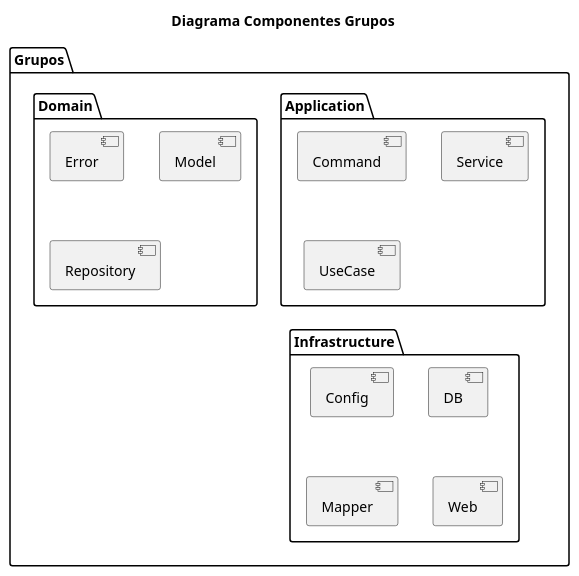
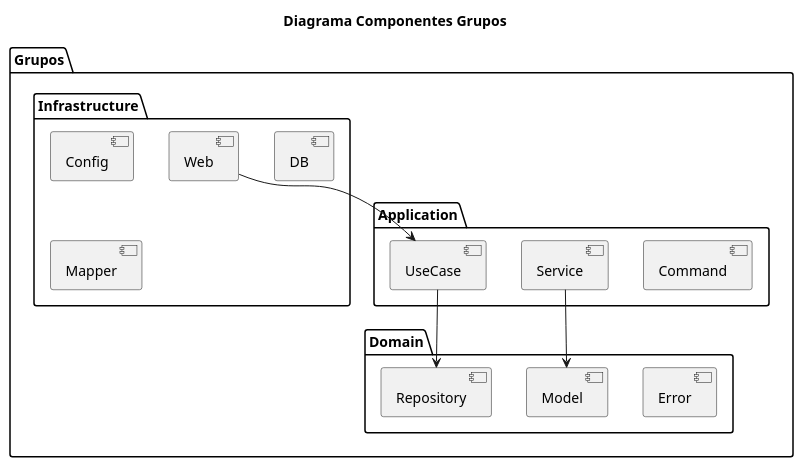
Before and after one commit to bananajoe33/Practica-Obligatoria-Spring: the diagram in doc/diagramas/DiagramaComponentesGrupo.pu, drawn with PlantUML.

Commit message:
cambios doc

```diff
--- a/doc/diagramas/DiagramaComponentesGrupo.pu
+++ b/doc/diagramas/DiagramaComponentesGrupo.pu
@@ -1,27 +1,33 @@
 @startuml
 title Diagrama Componentes Grupos
 
 package "Grupos" {
 
     package "Application" {
         [Command]
         [Service]
         [UseCase]
     }
 
     package "Domain" {
         [Error]
         [Model]
         [Repository]
     }
 
     package "Infrastructure" {
         [Config]
         [DB]
         [Mapper]
         [Web]
     }
 
+
+    [UseCase] --> [Repository]
+    [Service] --> [Model]
+    [Web] --> [UseCase]
+
+
 }
 
 @enduml
```
